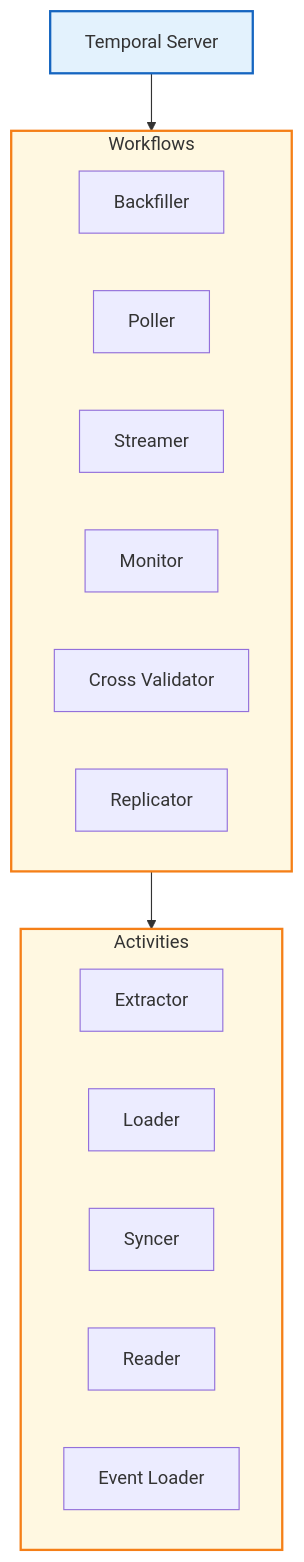
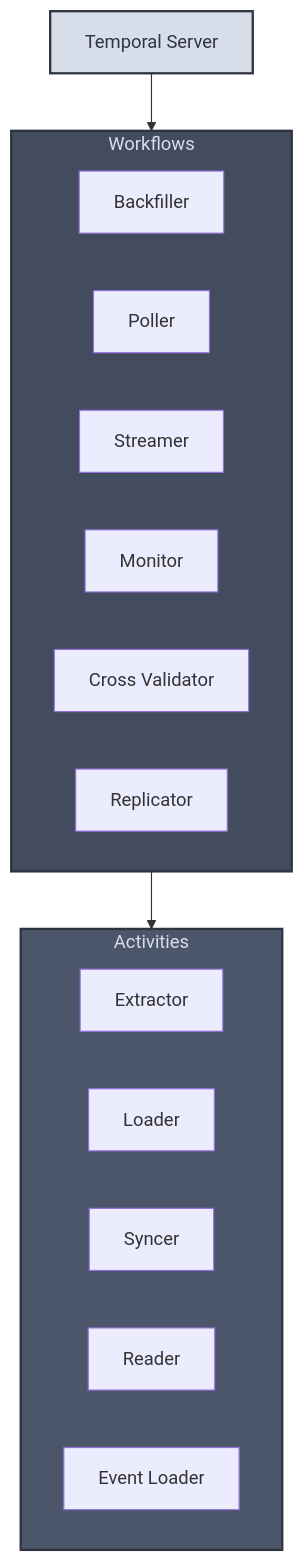
The third of 5 diagrams in COMPONENT_DIAGRAM.md (cipherowl-ai/chainstorage), drawn with Mermaid before and after one commit. The commit also changed other lines of this file, not shown here.

First line of the commit message:
docs: apply Nord color palette to component diagrams

````diff
--- a/COMPONENT_DIAGRAM.md
+++ b/COMPONENT_DIAGRAM.md
@@ -170,28 +170,28 @@
 ```mermaid
 graph TB
     T[Temporal Server]
     
     subgraph Workflows
         BF[Backfiller]
         PL[Poller]
         ST[Streamer]
         MN[Monitor]
         CV[Cross Validator]
         RP[Replicator]
     end
     
     subgraph Activities
         EX[Extractor]
         LD[Loader]
         SY[Syncer]
         RD[Reader]
         EL[Event Loader]
     end
     
     T --> Workflows
     Workflows --> Activities
     
-    style T fill:#e3f2fd,stroke:#1565c0,stroke-width:2px
-    style Workflows fill:#fff8e1,stroke:#f57f17,stroke-width:2px
-    style Activities fill:#fff8e1,stroke:#f57f17,stroke-width:2px
+    style T fill:#d8dee9,stroke:#2e3440,stroke-width:2px,color:#2e3440
+    style Workflows fill:#434c5e,stroke:#2e3440,stroke-width:2px,color:#d8dee9
+    style Activities fill:#4c566a,stroke:#2e3440,stroke-width:2px,color:#d8dee9
 ```
````
